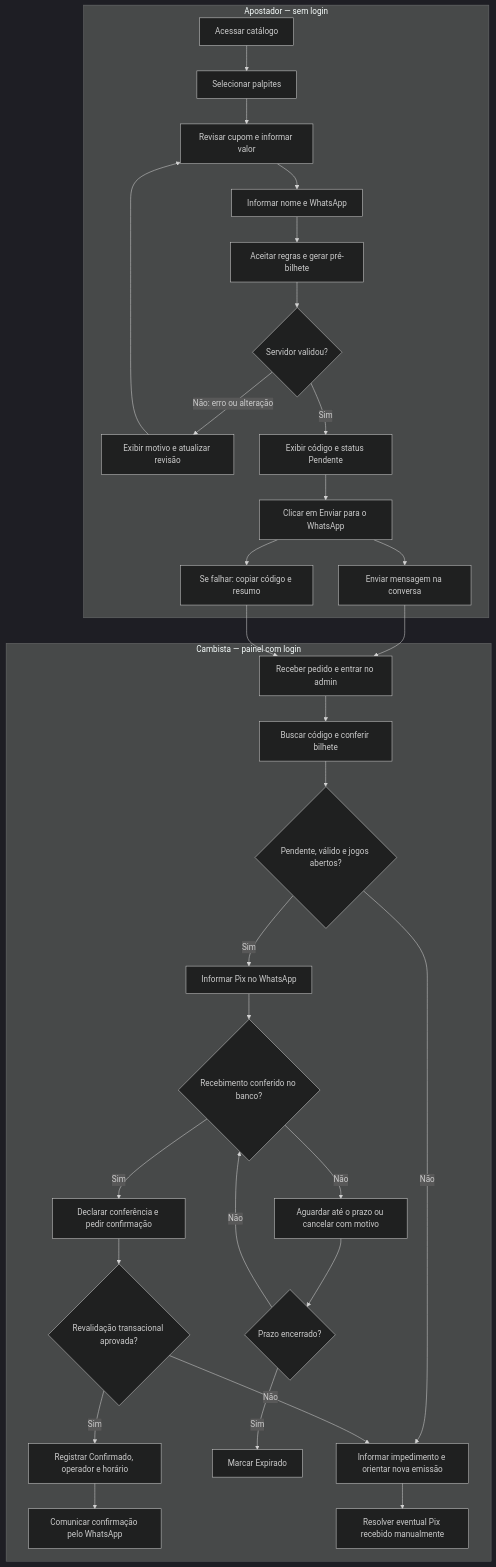
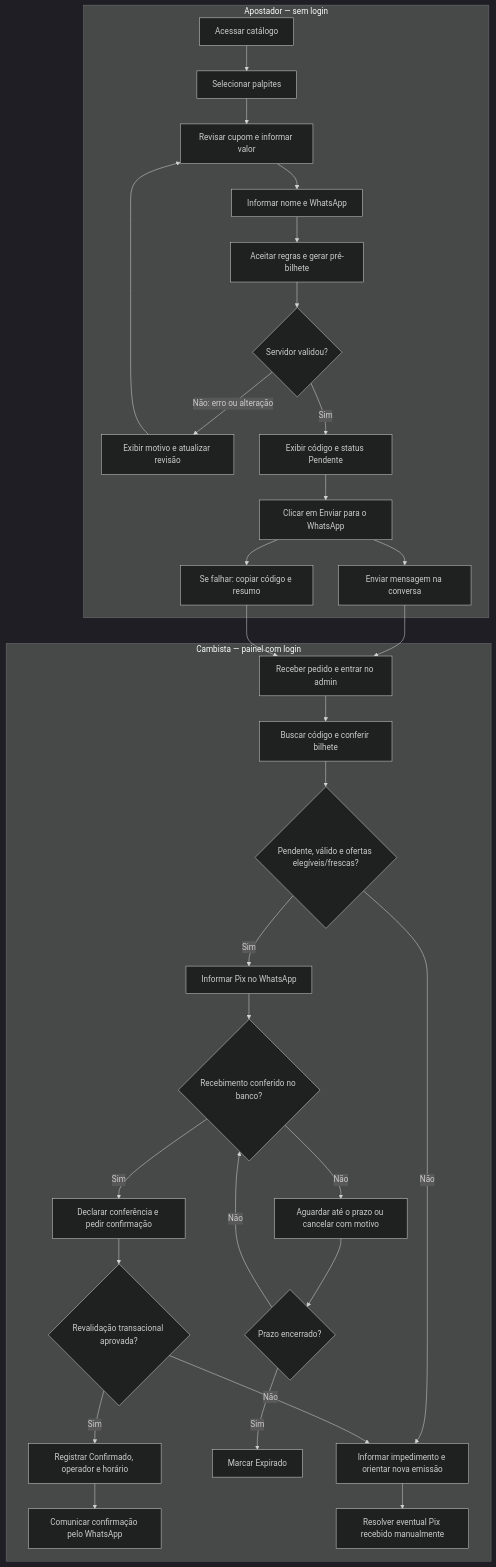
Before and after one commit to IgorVoidbot/trevo4folhas: the first of 3 diagrams in PRD.md, drawn with Mermaid (dark theme). The commit also changed other lines of this file and 79 other files, not shown here.

````diff
--- a/PRD.md
+++ b/PRD.md
@@ -194,36 +215,36 @@
 ```mermaid
 flowchart TD
     subgraph Bettor["Apostador — sem login"]
         A["Acessar catálogo"] --> B["Selecionar palpites"]
         B --> C["Revisar cupom e informar valor"]
         C --> D["Informar nome e WhatsApp"]
         D --> E["Aceitar regras e gerar pré-bilhete"]
         E --> F{"Servidor validou?"}
         F -->|"Não: erro ou alteração"| G["Exibir motivo e atualizar revisão"]
         G --> C
         F -->|Sim| H["Exibir código e status Pendente"]
         H --> I["Clicar em Enviar para o WhatsApp"]
         I --> J["Enviar mensagem na conversa"]
         I --> K["Se falhar: copiar código e resumo"]
     end
 
     subgraph Operator["Cambista — painel com login"]
         J --> L["Receber pedido e entrar no admin"]
         K --> L
         L --> M["Buscar código e conferir bilhete"]
-        M --> N{"Pendente, válido e jogos abertos?"}
+        M --> N{"Pendente, válido e ofertas elegíveis/frescas?"}
         N -->|Não| O["Informar impedimento e orientar nova emissão"]
         N -->|Sim| P["Informar Pix no WhatsApp"]
         P --> Q{"Recebimento conferido no banco?"}
         Q -->|Não| R["Aguardar até o prazo ou cancelar com motivo"]
         R --> S{"Prazo encerrado?"}
         S -->|Sim| T["Marcar Expirado"]
         S -->|Não| Q
         Q -->|Sim| U["Declarar conferência e pedir confirmação"]
         U --> V{"Revalidação transacional aprovada?"}
         V -->|Não| O
         V -->|Sim| W["Registrar Confirmado, operador e horário"]
         W --> X["Comunicar confirmação pelo WhatsApp"]
         O --> Y["Resolver eventual Pix recebido manualmente"]
     end
 ```
````
